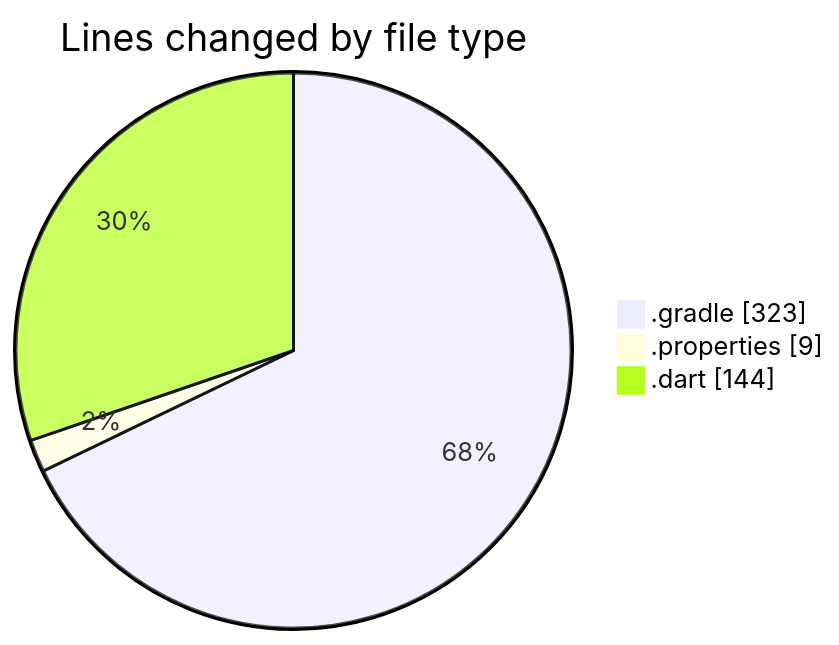
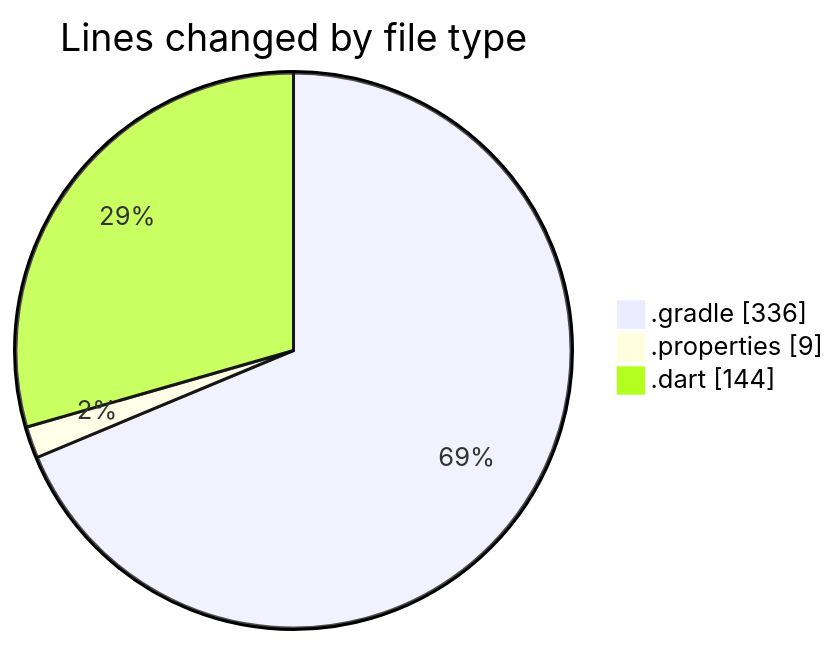
The first of 2 diagrams in 2025-02-16/trackers_app/README.md (donsfak/code-tracking), drawn with Mermaid before and after one commit. The commit also changed other lines of this file and 1 other file, not shown here.

````diff
--- a/2025-02-16/trackers_app/README.md
+++ b/2025-02-16/trackers_app/README.md
@@ -23,7 +23,7 @@
 ```mermaid
 pie showData
 title Lines changed by file type
-".gradle" : 323
+".gradle" : 336
 ".properties" : 9
 ".dart" : 144
 ```
````
